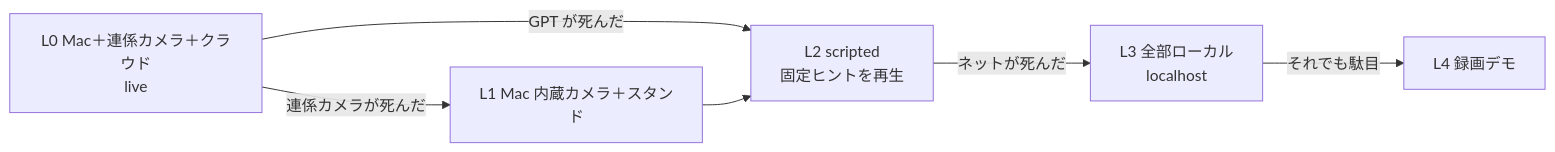
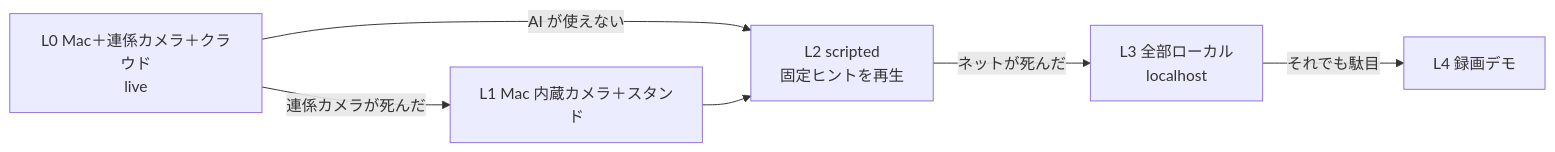
One commit to jphacks/os_2601 changed the fourth of 4 diagrams in docs/02_architecture.md. Above: the diagram before and after it, drawn with Mermaid. The commit also changed other lines of this file and 39 other files, not shown here.

````diff
--- a/docs/02_architecture.md
+++ b/docs/02_architecture.md
@@ -262,8 +250,8 @@
 ```mermaid
 flowchart LR
-  L0["L0 Mac＋連係カメラ＋クラウド<br/>live"] -->|"GPT が死んだ"| L2["L2 scripted<br/>固定ヒントを再生"]
+  L0["L0 Mac＋連係カメラ＋クラウド<br/>live"] -->|"AI が使えない"| L2["L2 scripted<br/>固定ヒントを再生"]
   L2 -->|"ネットが死んだ"| L3["L3 全部ローカル<br/>localhost"]
   L3 -->|"それでも駄目"| L4["L4 録画デモ"]
   L0 -->|"連係カメラが死んだ"| L1["L1 Mac 内蔵カメラ＋スタンド"]
   L1 --> L2
 ```
````
